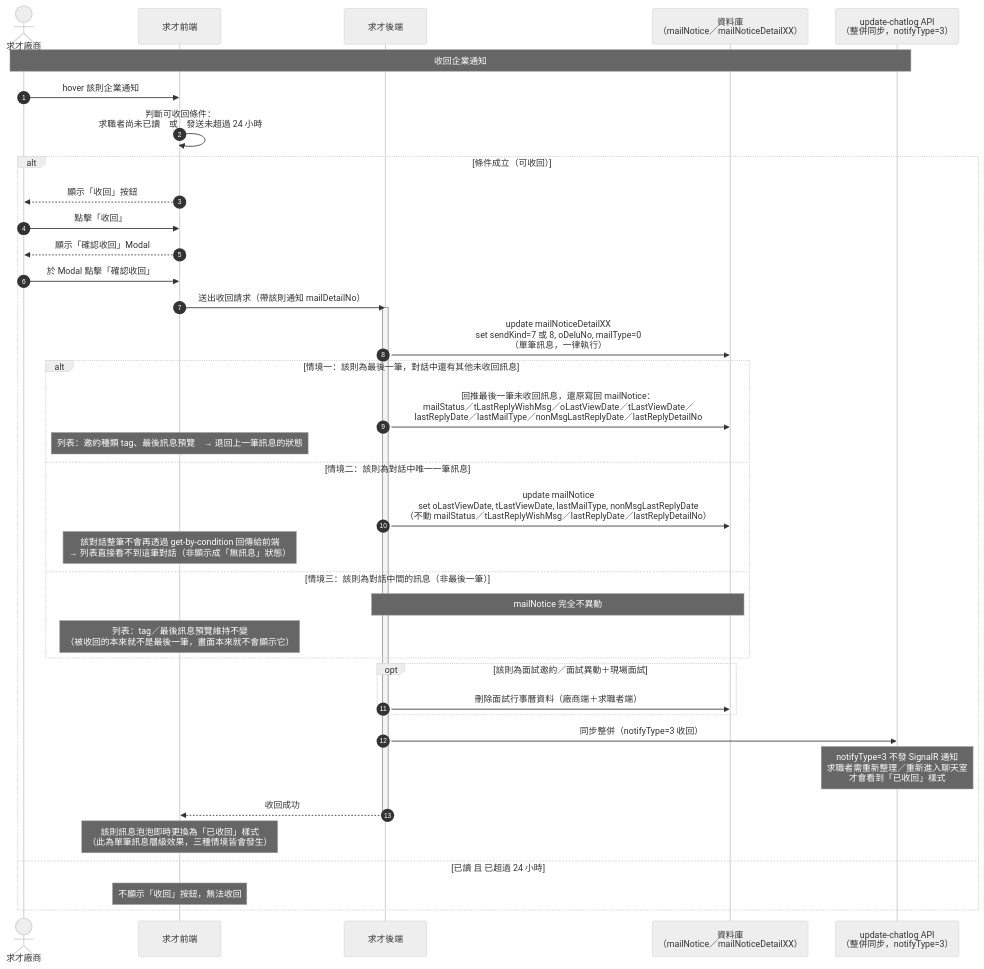
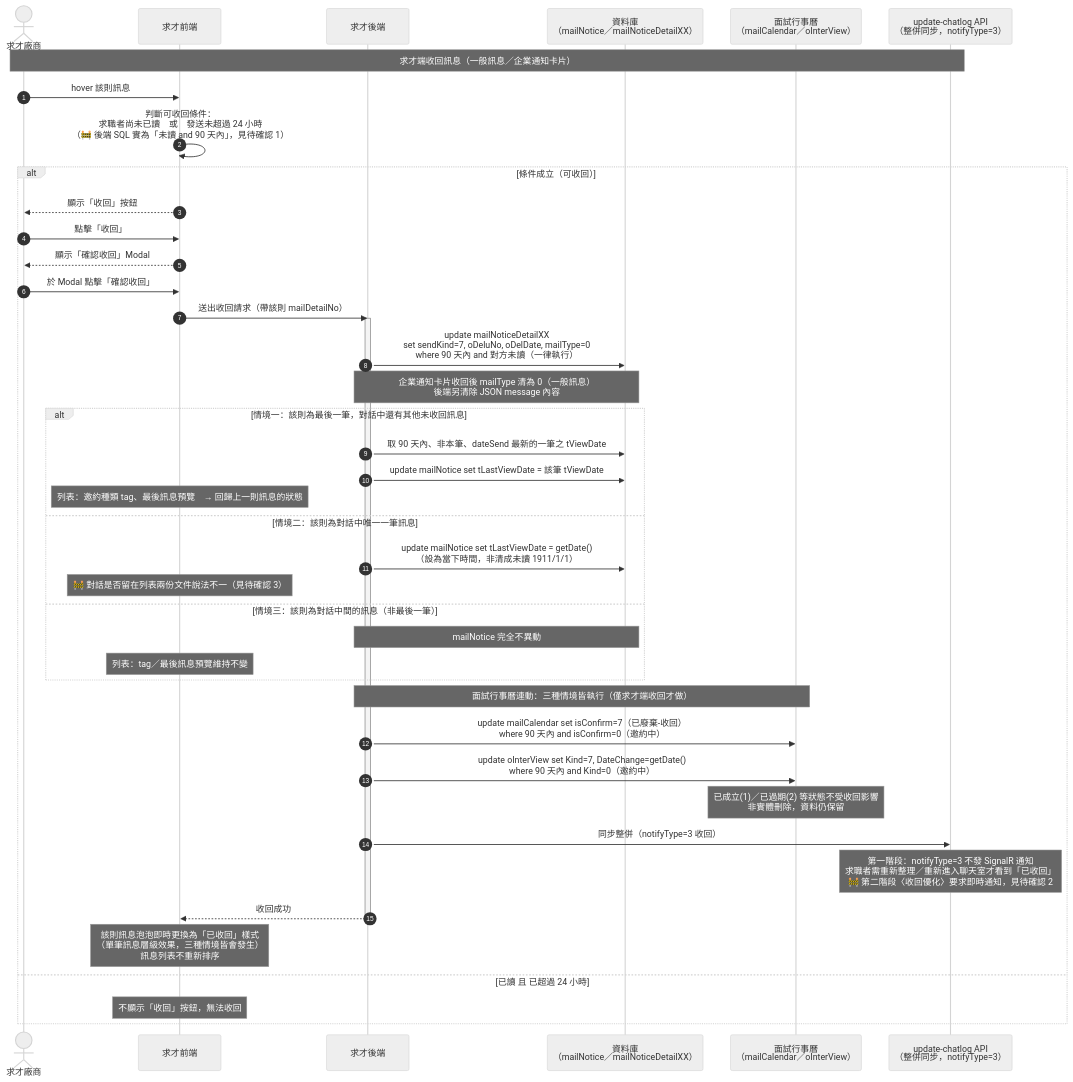
One commit to SulfurCreek/main changed the fourth of 4 diagrams in notes/uS9-跨系統流程與後端邏輯.md. Above: the diagram before and after it, drawn with Mermaid (neutral theme). The commit also changed other lines of this file and 3 other files, not shown here.

````diff
--- a/notes/uS9-跨系統流程與後端邏輯.md
+++ b/notes/uS9-跨系統流程與後端邏輯.md
@@ -762,50 +895,54 @@
 ```mermaid
 sequenceDiagram
     autonumber
 
     actor Emp as 求才廠商
     participant RF as 求才前端
     participant RB as 求才後端
     participant DB as 資料庫<br>（mailNotice／mailNoticeDetailXX）
+    participant Cal as 面試行事曆<br>（mailCalendar／oInterView）
     participant Push as update-chatlog API<br>（整併同步，notifyType=3）
 
-    Note over Emp,Push: 收回企業通知
+    Note over Emp,Push: 求才端收回訊息（一般訊息／企業通知卡片）
 
-    Emp->>RF: hover 該則企業通知
-    RF->>RF: 判斷可收回條件：<br>求職者尚未已讀　或　發送未超過 24 小時
+    Emp->>RF: hover 該則訊息
+    RF->>RF: 判斷可收回條件：<br>求職者尚未已讀　或　發送未超過 24 小時<br>（🚧 後端 SQL 實為「未讀 and 90 天內」，見待確認 1）
 
     alt 條件成立（可收回）
         RF-->>Emp: 顯示「收回」按鈕
         Emp->>RF: 點擊「收回」
         RF-->>Emp: 顯示「確認收回」Modal
         Emp->>RF: 於 Modal 點擊「確認收回」
-        RF->>RB: 送出收回請求（帶該則通知 mailDetailNo）
+        RF->>RB: 送出收回請求（帶該則 mailDetailNo）
         activate RB
 
-        RB->>DB: update mailNoticeDetailXX<br>set sendKind=7 或 8, oDeluNo, mailType=0<br>（單筆訊息，一律執行）
+        RB->>DB: update mailNoticeDetailXX<br>set sendKind=7, oDeluNo, oDelDate, mailType=0<br>where 90 天內 and 對方未讀（一律執行）
+        Note over RB,DB: 企業通知卡片收回後 mailType 清為 0（一般訊息）<br>後端另清除 JSON message 內容
 
         alt 情境一：該則為最後一筆，對話中還有其他未收回訊息
-            RB->>DB: 回推最後一筆未收回訊息，還原寫回 mailNotice：<br>mailStatus／tLastReplyWishMsg／oLastViewDate／tLastViewDate／<br>lastReplyDate／lastMailType／nonMsgLastReplyDate／lastReplyDetailNo
-            Note over RF: 列表：邀約種類 tag、最後訊息預覽　→ 退回上一筆訊息的狀態
+            RB->>DB: 取 90 天內、非本筆、dateSend 最新的一筆之 tViewDate
+            RB->>DB: update mailNotice set tLastViewDate = 該筆 tViewDate
+            Note over RF: 列表：邀約種類 tag、最後訊息預覽　→ 回歸上一則訊息的狀態
         else 情境二：該則為對話中唯一一筆訊息
-            RB->>DB: update mailNotice<br>set oLastViewDate, tLastViewDate, lastMailType, nonMsgLastReplyDate<br>（不動 mailStatus／tLastReplyWishMsg／lastReplyDate／lastReplyDetailNo）
-            Note over RF: 該對話整筆不會再透過 get-by-condition 回傳給前端<br>→ 列表直接看不到這筆對話（非顯示成「無訊息」狀態）
+            RB->>DB: update mailNotice set tLastViewDate = getDate()<br>（設為當下時間，非清成未讀 1911/1/1）
+            Note over RF: 🚧 對話是否留在列表兩份文件說法不一（見待確認 3）
         else 情境三：該則為對話中間的訊息（非最後一筆）
             Note over RB,DB: mailNotice 完全不異動
-            Note over RF: 列表：tag／最後訊息預覽維持不變<br>（被收回的本來就不是最後一筆，畫面本來就不會顯示它）
+            Note over RF: 列表：tag／最後訊息預覽維持不變
         end
 
-        opt 該則為面試邀約／面試異動＋現場面試
-            RB->>DB: 刪除面試行事曆資料（廠商端＋求職者端）
-        end
+        Note over RB,Cal: 面試行事曆連動：三種情境皆執行（僅求才端收回才做）
+        RB->>Cal: update mailCalendar set isConfirm=7（已廢棄-收回）<br>where 90 天內 and isConfirm=0（邀約中）
+        RB->>Cal: update oInterView set Kind=7, DateChange=getDate()<br>where 90 天內 and Kind=0（邀約中）
+        Note over Cal: 已成立(1)／已過期(2) 等狀態不受收回影響<br>非實體刪除，資料仍保留
 
         RB->>Push: 同步整併（notifyType=3 收回）
-        Note over Push: notifyType=3 不發 SignalR 通知<br>求職者需重新整理／重新進入聊天室<br>才會看到「已收回」樣式
+        Note over Push: 第一階段：notifyType=3 不發 SignalR 通知<br>求職者需重新整理／重新進入聊天室才看到「已收回」<br>🚧 第二階段〈收回優化〉要求即時通知，見待確認 2
         RB-->>RF: 收回成功
         deactivate RB
-        Note over RF: 該則訊息泡泡即時更換為「已收回」樣式<br>（此為單筆訊息層級效果，三種情境皆會發生）
+        Note over RF: 該則訊息泡泡即時更換為「已收回」樣式<br>（單筆訊息層級效果，三種情境皆會發生）<br>訊息列表不重新排序
 
     else 已讀 且 已超過 24 小時
         Note over RF: 不顯示「收回」按鈕，無法收回
     end
 ```
````
